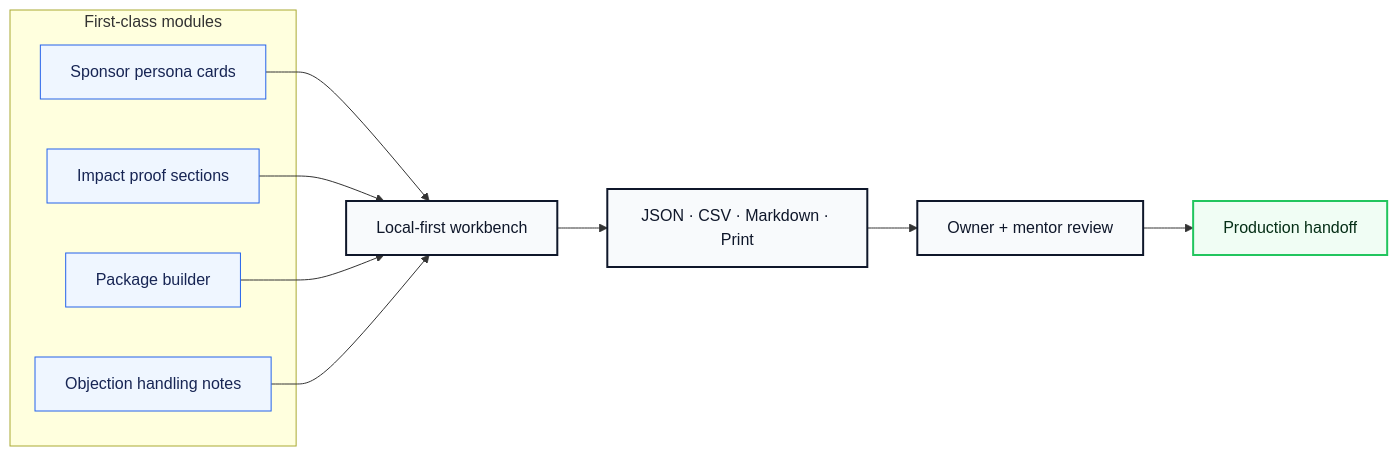
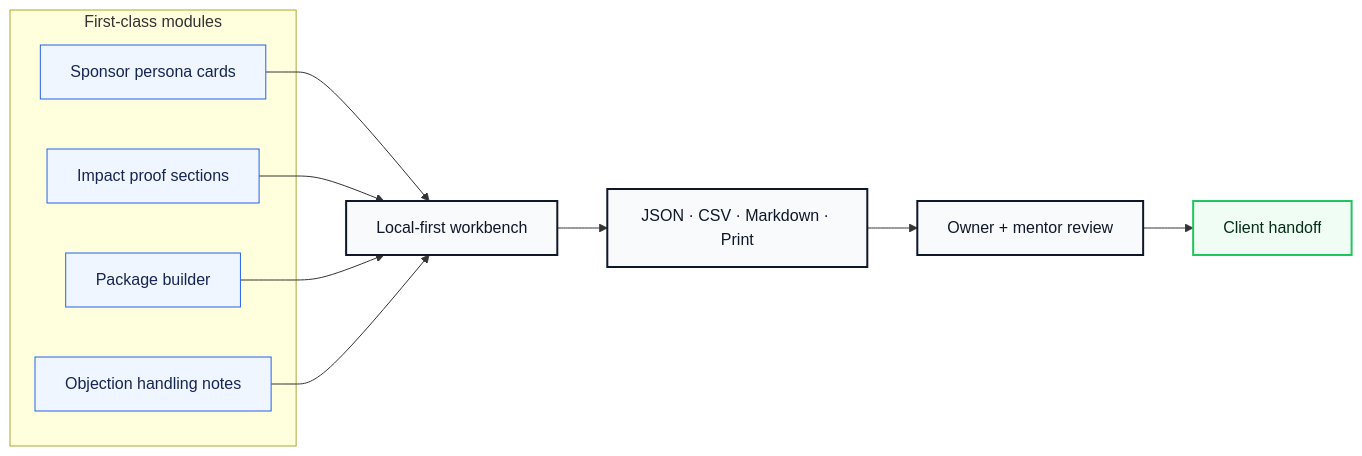
The second of 3 diagrams in README.md (volta-npo/sponsorship-deck-lab), drawn with Mermaid before and after one commit. The commit also changed other lines of this file and 28 other files, not shown here.

````diff
--- a/README.md
+++ b/README.md
@@ -64,23 +64,23 @@
 ```mermaid
 flowchart LR
     subgraph Modules["First-class modules"]
         M1["Sponsor persona cards"]
         M2["Impact proof sections"]
         M3["Package builder"]
         M4["Objection handling notes"]
     end
     M1 --> Workbench
     M2 --> Workbench
     M3 --> Workbench
     M4 --> Workbench
     Workbench["Local-first workbench"] --> Exports["JSON · CSV · Markdown · Print"]
     Exports --> Review["Owner + mentor review"]
-    Review --> Launch["Production handoff"]
+    Review --> Launch["Client handoff"]
 
     classDef module fill:#eff6ff,stroke:#2563eb,color:#172554;
     classDef app fill:#f8fafc,stroke:#0f172a,color:#0f172a,stroke-width:2px;
     classDef launch fill:#f0fdf4,stroke:#22c55e,color:#052e16,stroke-width:2px;
     class M1,M2,M3,M4 module;
     class Workbench,Exports,Review app;
     class Launch launch;
 ```
````
